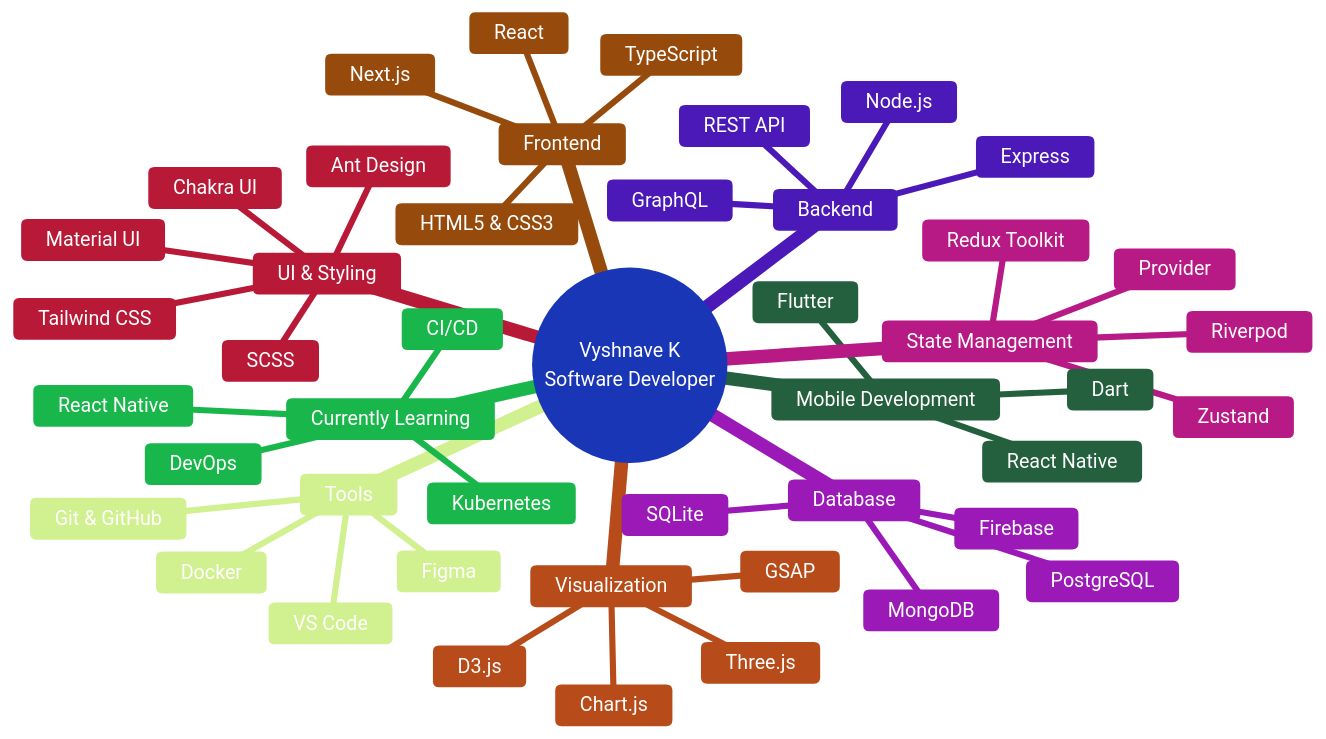
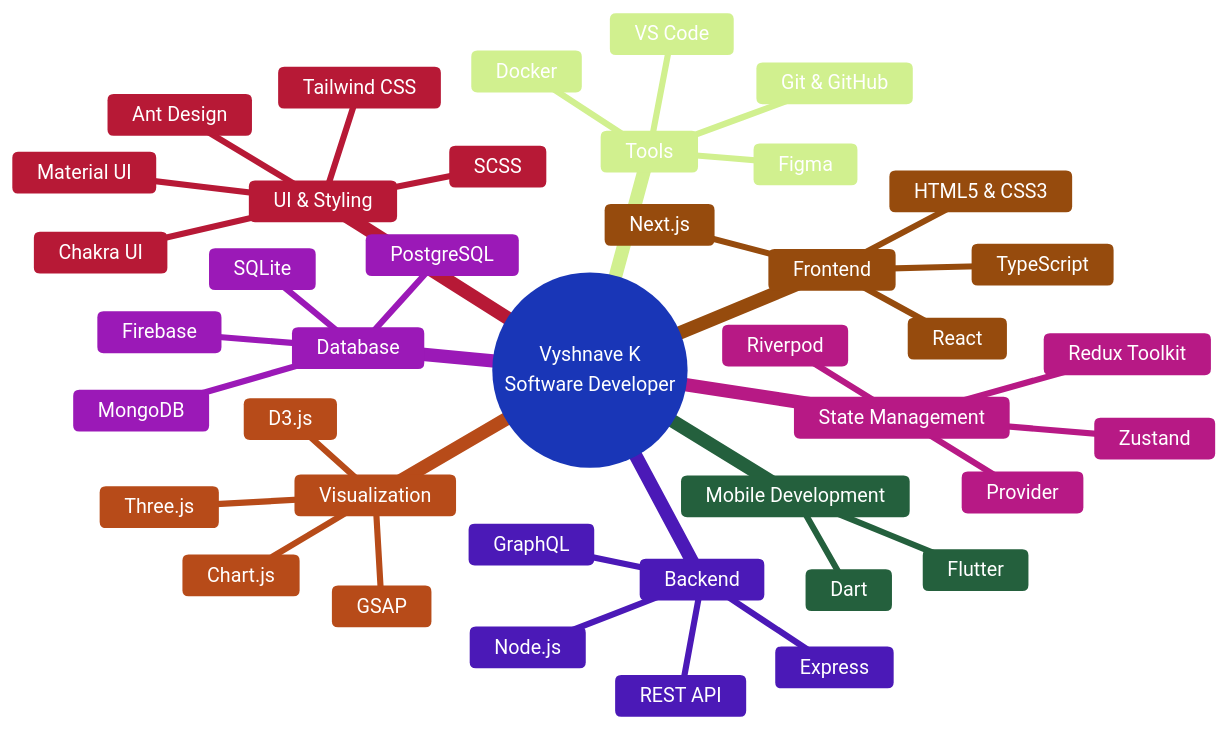
The diagram in README.md (vyshnave1997/vyshnave1997), drawn with Mermaid before and after one commit. The commit also changed other lines of this file, not shown here.

````diff
--- a/README.md
+++ b/README.md
@@ -61,58 +61,51 @@
 ```mermaid
-%%{init: {'theme':'base', 'themeVariables': { 'primaryColor':'#667eea','primaryTextColor':'#fff','primaryBorderColor':'#5a67d8','lineColor':'#a0aec0','secondaryColor':'#48bb78','tertiaryColor':'#ed8936','noteBkgColor':'#f7fafc','noteTextColor':'#2d3748','tertiaryBorderColor':'#dd6b20','tertiaryTextColor':'#fff'}}}%%
+%%{init: {'theme':'base', 'themeVariables': { 'primaryColor':'#667eea','primaryTextColor':'#fff','primaryBorderColor':'#5a67d8','lineColor':'#a0aec0','secondaryColor':'#48bb78','tertiaryColor':'#ed8936','noteBkgColor':'#f7fafc','noteTextColor':'#2d3748'}}}%%
 mindmap
   root((Vyshnave K<br/>Software Developer))
     Mobile Development
       Flutter
-      React Native
       Dart
     
     Frontend
       React
       Next.js
       TypeScript
       HTML5 & CSS3
     
     Backend
       Node.js
       Express
       GraphQL
       REST API
     
     Database
       MongoDB
       PostgreSQL
       Firebase
       SQLite
     
     State Management
       Redux Toolkit
       Zustand
       Provider
       Riverpod
     
     UI & Styling
       Tailwind CSS
       SCSS
       Material UI
       Ant Design
       Chakra UI
     
     Visualization
       Three.js
       GSAP
       D3.js
       Chart.js
     
     Tools
       Git & GitHub
       Docker
       VS Code
       Figma
-    
-    Currently Learning
-      React Native
-      DevOps
-      CI/CD
-      Kubernetes
 ```
````
